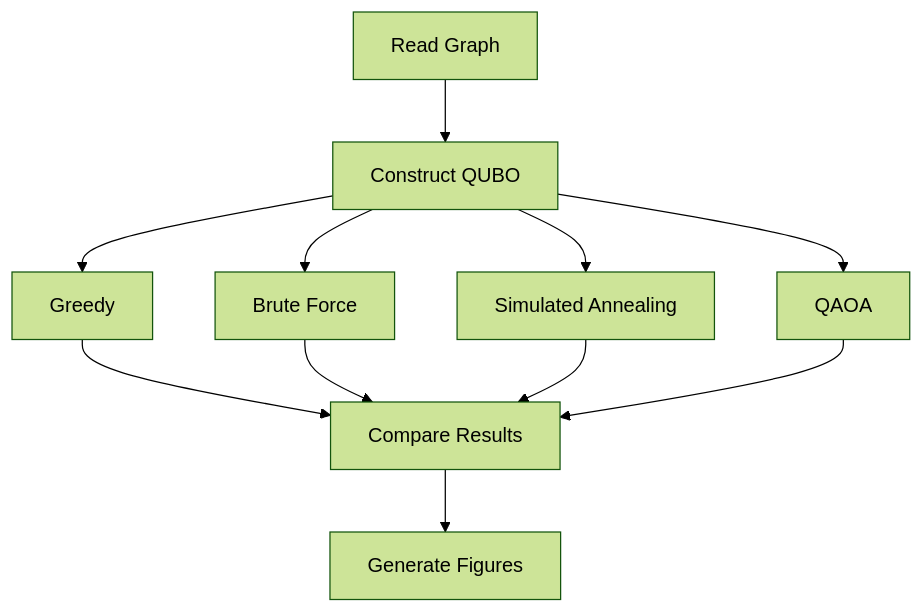
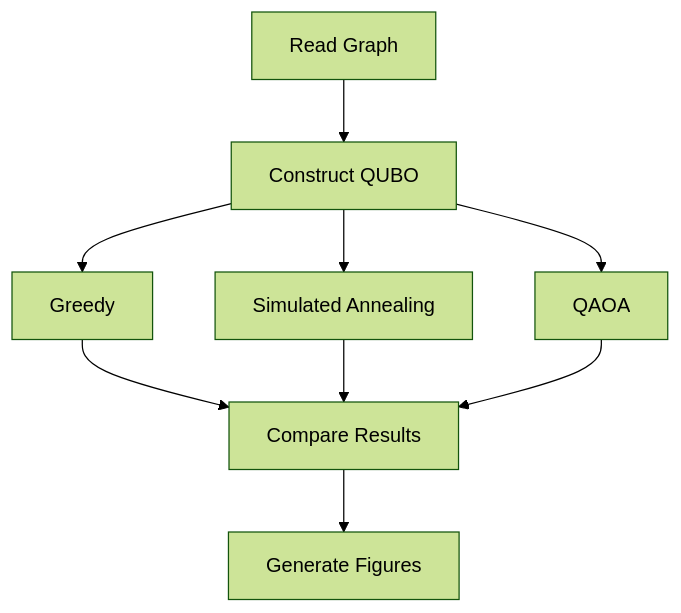
Before and after one commit to Prashik123/Qaig_optimization_screening: the second of 3 diagrams in README.md, drawn with Mermaid (forest theme).

Commit message:
Update algorithm flow in README
Removed Brute Force option from the algorithm flow.

````diff
--- a/README.md
+++ b/README.md
@@ -103,23 +103,20 @@
 ```mermaid
 flowchart TD
 
 A[Read Graph]
 B[Construct QUBO]
 C[Greedy]
-D[Brute Force]
 E[Simulated Annealing]
 F[QAOA]
 G[Compare Results]
 H[Generate Figures]
 
 A-->B
 B-->C
-B-->D
 B-->E
 B-->F
 C-->G
-D-->G
 E-->G
 F-->G
 G-->H
 ```
````
